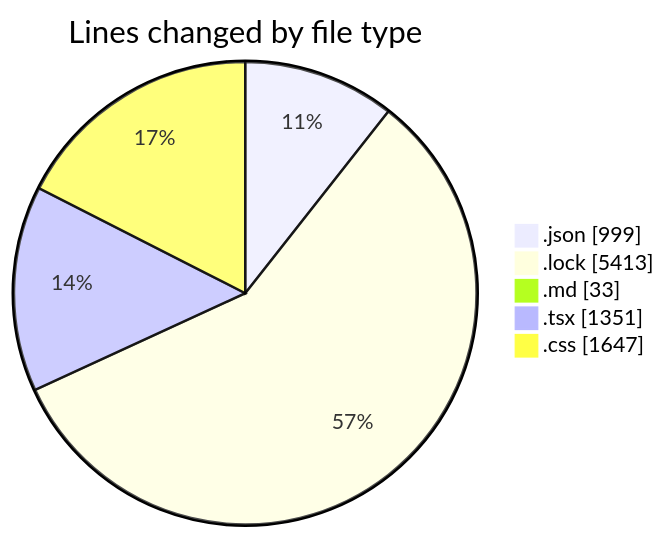
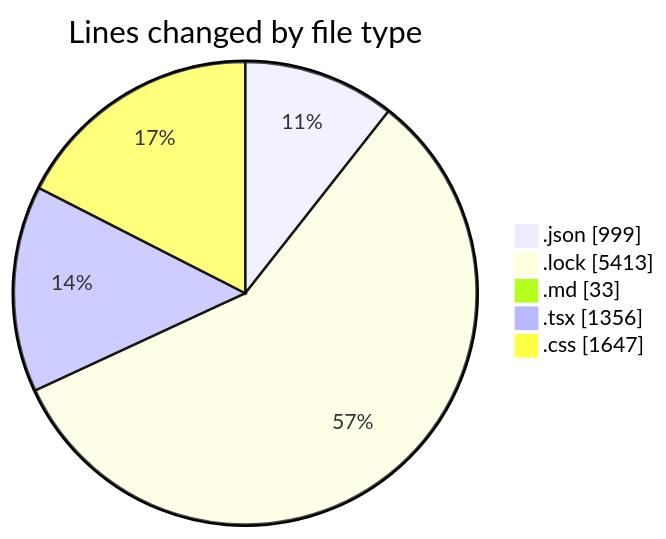
The first of 2 diagrams in 2025-08-11/ribbon/README.md (EIIisD/code-tracking), drawn with Mermaid before and after one commit. The commit also changed other lines of this file and 1 other file, not shown here.

````diff
--- a/2025-08-11/ribbon/README.md
+++ b/2025-08-11/ribbon/README.md
@@ -40,9 +40,9 @@
 ```mermaid
 pie showData
 title Lines changed by file type
 ".json" : 999
 ".lock" : 5413
 ".md" : 33
-".tsx" : 1351
+".tsx" : 1356
 ".css" : 1647
 ```
````
